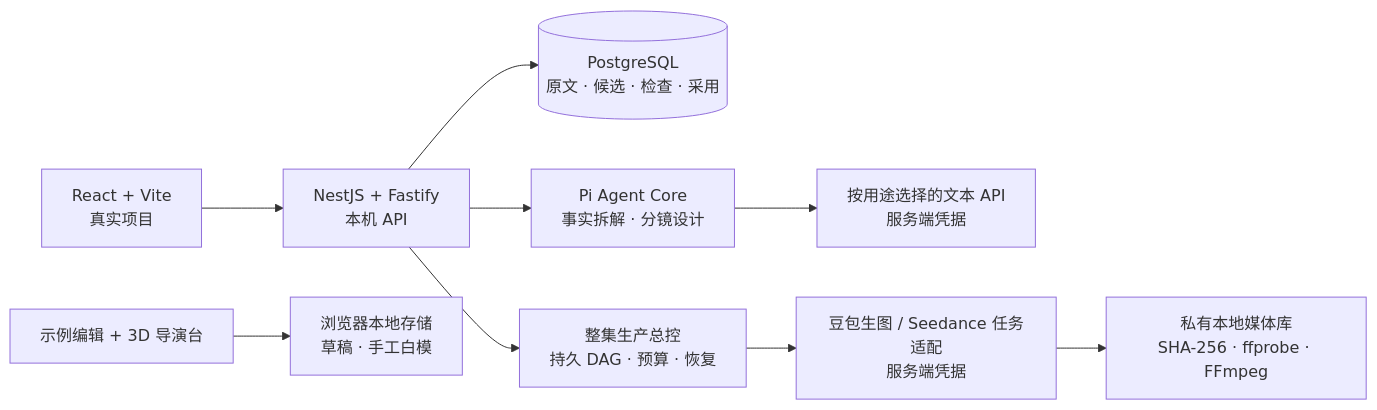
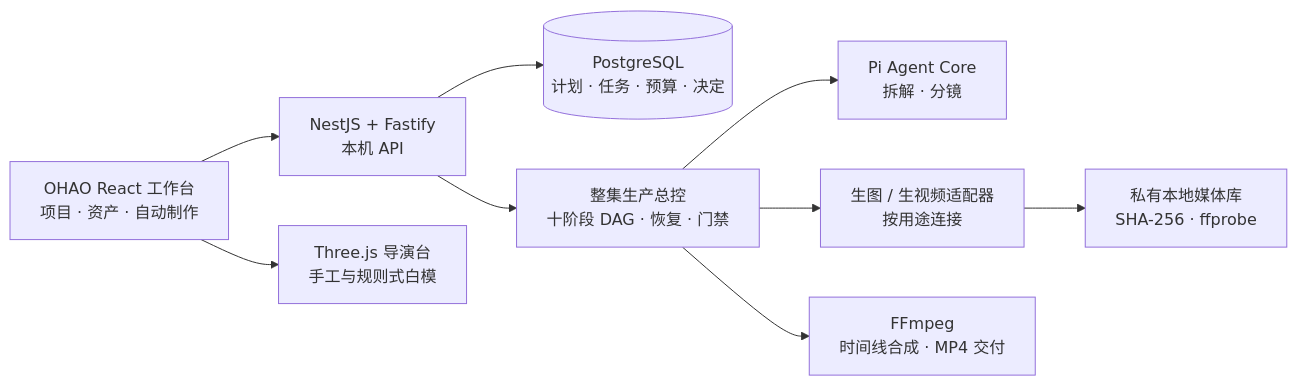
Before and after one commit to FlySword6/ai-short-drama-agent: the diagram in shortdrama-agent-lab/README.md, drawn with Mermaid. The commit also changed other lines of this file and 11 other files, not shown here.

````diff
--- a/shortdrama-agent-lab/README.md
+++ b/shortdrama-agent-lab/README.md
@@ -166,11 +200,11 @@
 ```mermaid
 flowchart LR
-    UI["React + Vite<br/>真实项目"] --> API["NestJS + Fastify<br/>本机 API"]
-    API --> DB[("PostgreSQL<br/>原文 · 候选 · 检查 · 采用")]
-    API --> PI["Pi Agent Core<br/>事实拆解 · 分镜设计"]
-    PI --> MODEL["按用途选择的文本 API<br/>服务端凭据"]
-    API --> ORCH["整集生产总控<br/>持久 DAG · 预算 · 恢复"]
-    ORCH --> MEDIA["豆包生图 / Seedance 任务适配<br/>服务端凭据"]
-    MEDIA --> LOCAL["私有本地媒体库<br/>SHA-256 · ffprobe · FFmpeg"]
-    DEMO["示例编辑 + 3D 导演台"] --> BROWSER["浏览器本地存储<br/>草稿 · 手工白模"]
+    UI["OHAO React 工作台<br/>项目 · 资产 · 自动制作"] --> API["NestJS + Fastify<br/>本机 API"]
+    API --> DB[("PostgreSQL<br/>计划 · 任务 · 预算 · 决定")]
+    API --> ORCH["整集生产总控<br/>十阶段 DAG · 恢复 · 门禁"]
+    ORCH --> TEXT["Pi Agent Core<br/>拆解 · 分镜"]
+    ORCH --> MEDIA["生图 / 生视频适配器<br/>按用途连接"]
+    MEDIA --> VAULT["私有本地媒体库<br/>SHA-256 · ffprobe"]
+    ORCH --> FFMPEG["FFmpeg<br/>时间线合成 · MP4 交付"]
+    UI --> THREE["Three.js 导演台<br/>手工与规则式白模"]
 ```
````
